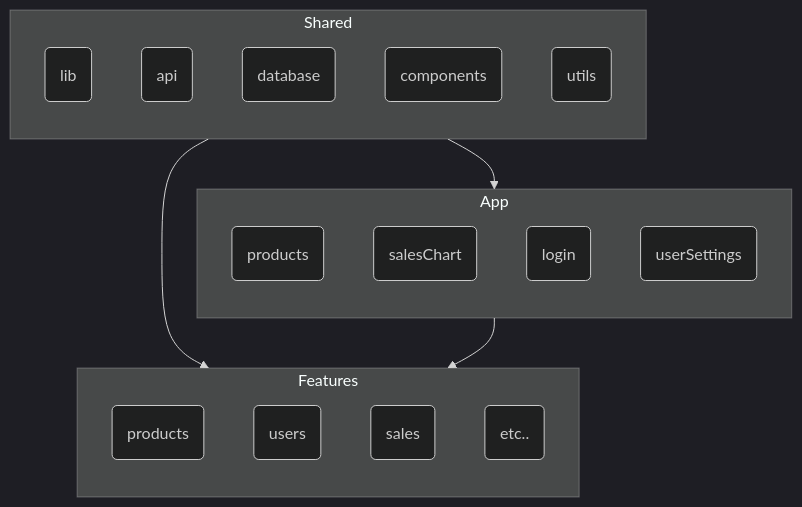
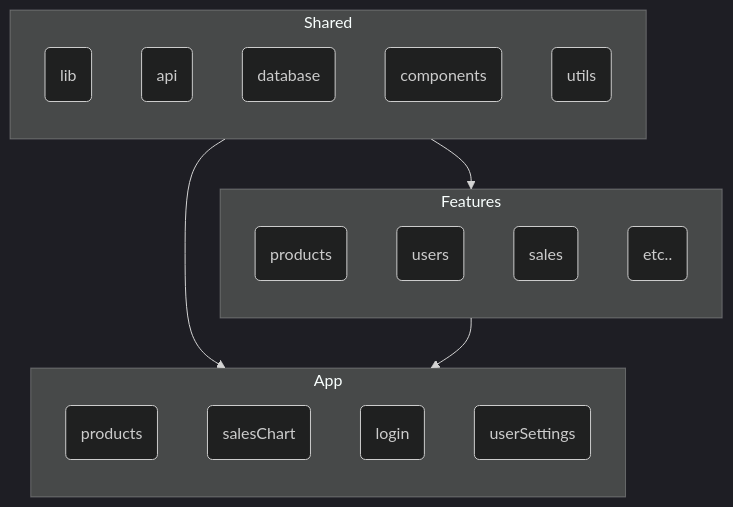
One commit to xeusteerapat/feature-sliced-se-commu changed the second of 2 diagrams in slides.md. Above: the diagram before and after it, drawn with Mermaid (dark theme). The commit also changed other lines of this file and 1 other file, not shown here.

````diff
--- a/slides.md
+++ b/slides.md
@@ -118,31 +118,31 @@
 ```mermaid
 flowchart TB
     Shared[Shared] --> App[app]
     Shared --> Features[Features]
-    App --> Features
+    Features --> App
 
     subgraph Shared
         direction TB
         lib(lib)
         api(api)
         database(database)
         components(components)
         utils(utils)
     end
 
     subgraph App
         direction TB
         products(products)
         salesChart(salesChart)
         login(login)
         userSettings(userSettings)
     end
 
     subgraph Features
         direction TB
         productsF(products)
         users(users)
         sales(sales)
         etc(etc..)
     end
 ```
````
